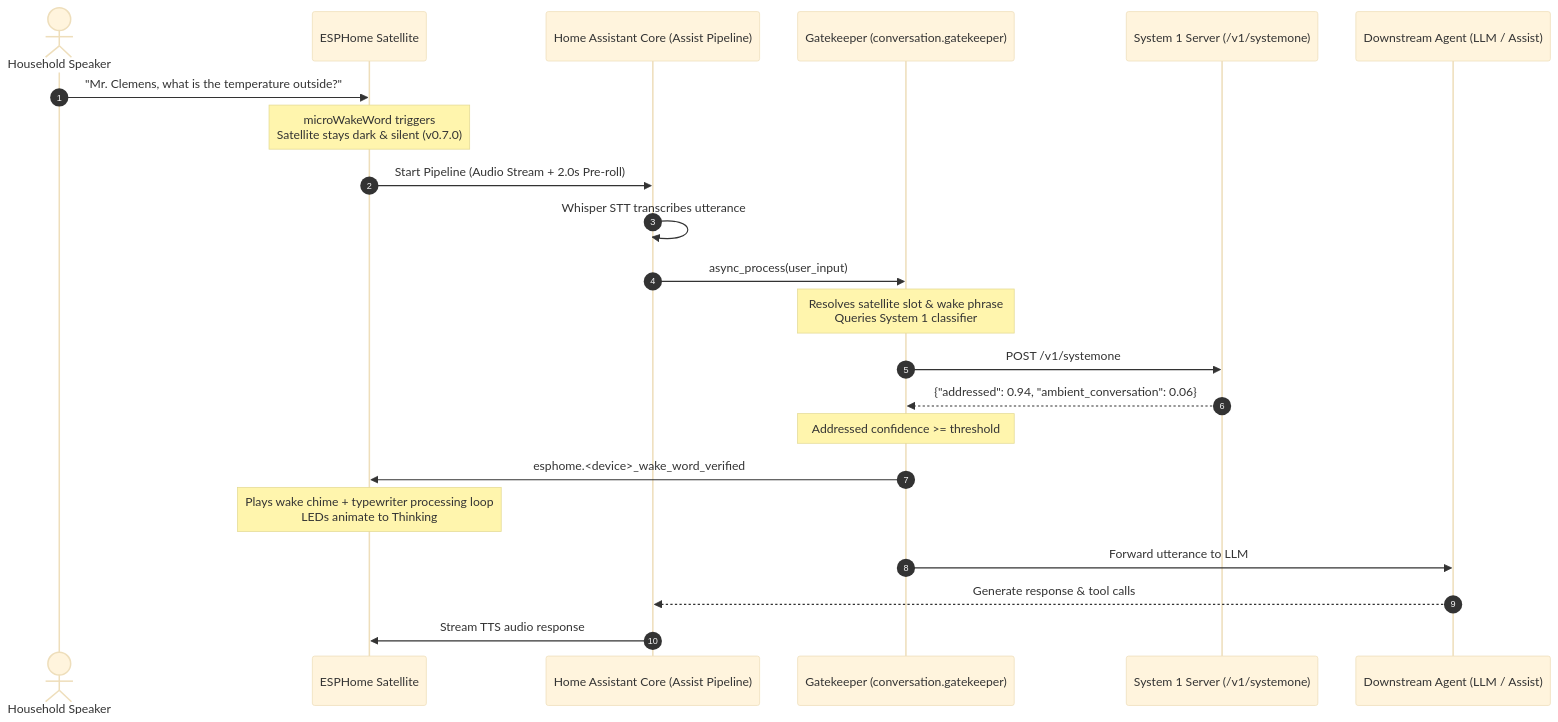
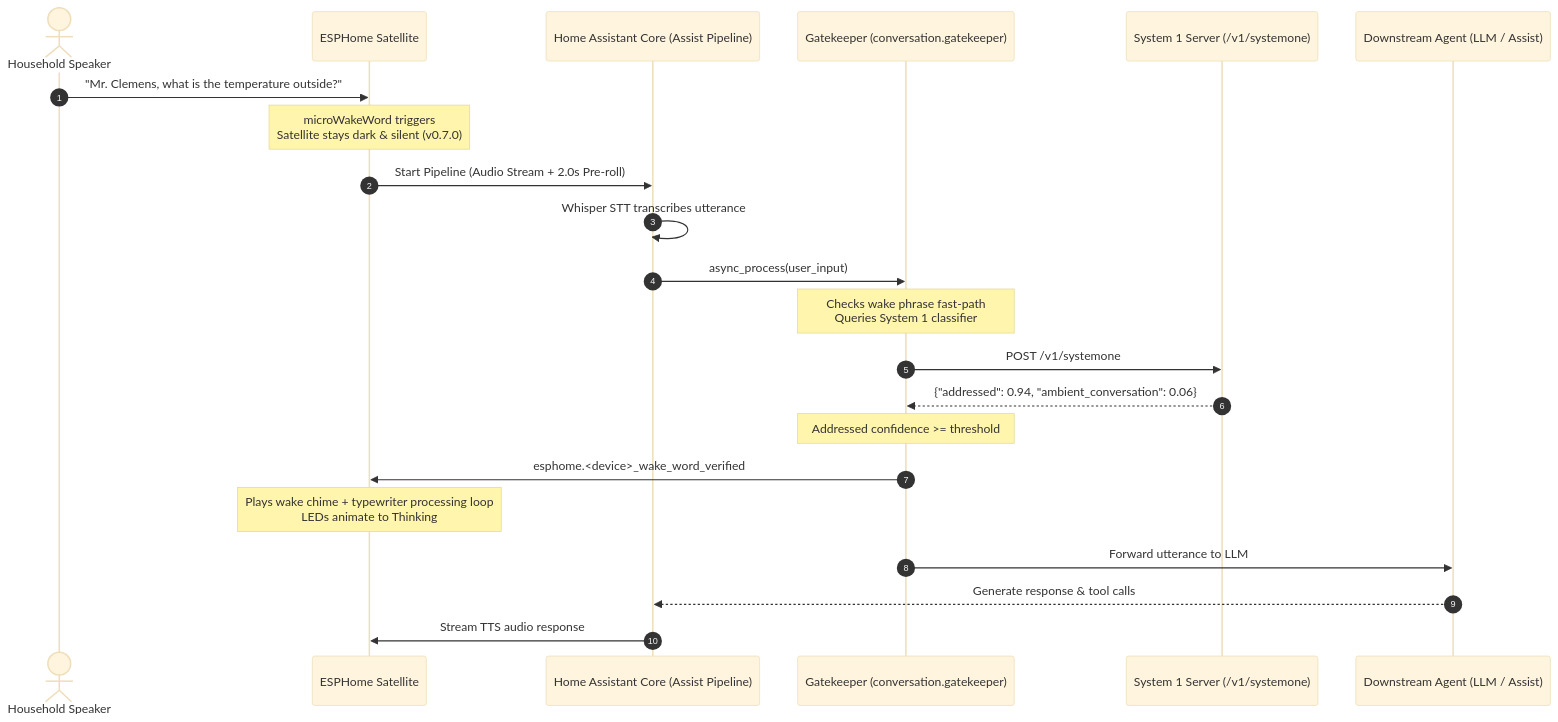
One commit to axiomantic/esphome-satellite changed the diagram in custom_components/esphome_satellite/README.md. Above: the diagram before and after it, drawn with Mermaid (base theme). The commit also changed other lines of this file and 6 other files, not shown here.

Commit message:
feat(gatekeeper): package custom component for HACS with fast-path wake word filtering, options flow, and documentation

````diff
--- a/custom_components/esphome_satellite/README.md
+++ b/custom_components/esphome_satellite/README.md
@@ -23,25 +25,25 @@
 ```mermaid
 sequenceDiagram
     autonumber
     actor Speaker as Household Speaker
     participant Sat as ESPHome Satellite
     participant HA as Home Assistant Core (Assist Pipeline)
     participant Gate as Gatekeeper (conversation.gatekeeper)
     participant Sys1 as System 1 Server (/v1/systemone)
     participant Down as Downstream Agent (LLM / Assist)
 
     Speaker->>Sat: "Mr. Clemens, what is the temperature outside?"
     Note over Sat: microWakeWord triggers<br/>Satellite stays dark & silent (v0.7.0)
     Sat->>HA: Start Pipeline (Audio Stream + 2.0s Pre-roll)
     HA->>HA: Whisper STT transcribes utterance
     HA->>Gate: async_process(user_input)
-    Note over Gate: Resolves satellite slot & wake phrase<br/>Queries System 1 classifier
+    Note over Gate: Checks wake phrase fast-path<br/>Queries System 1 classifier
     Gate->>Sys1: POST /v1/systemone
     Sys1-->>Gate: {"addressed": 0.94, "ambient_conversation": 0.06}
     Note over Gate: Addressed confidence >= threshold
     Gate->>Sat: esphome.<device>_wake_word_verified
     Note over Sat: Plays wake chime + typewriter processing loop<br/>LEDs animate to Thinking
     Gate->>Down: Forward utterance to LLM
     Down-->>HA: Generate response & tool calls
     HA->>Sat: Stream TTS audio response
 ```
````
